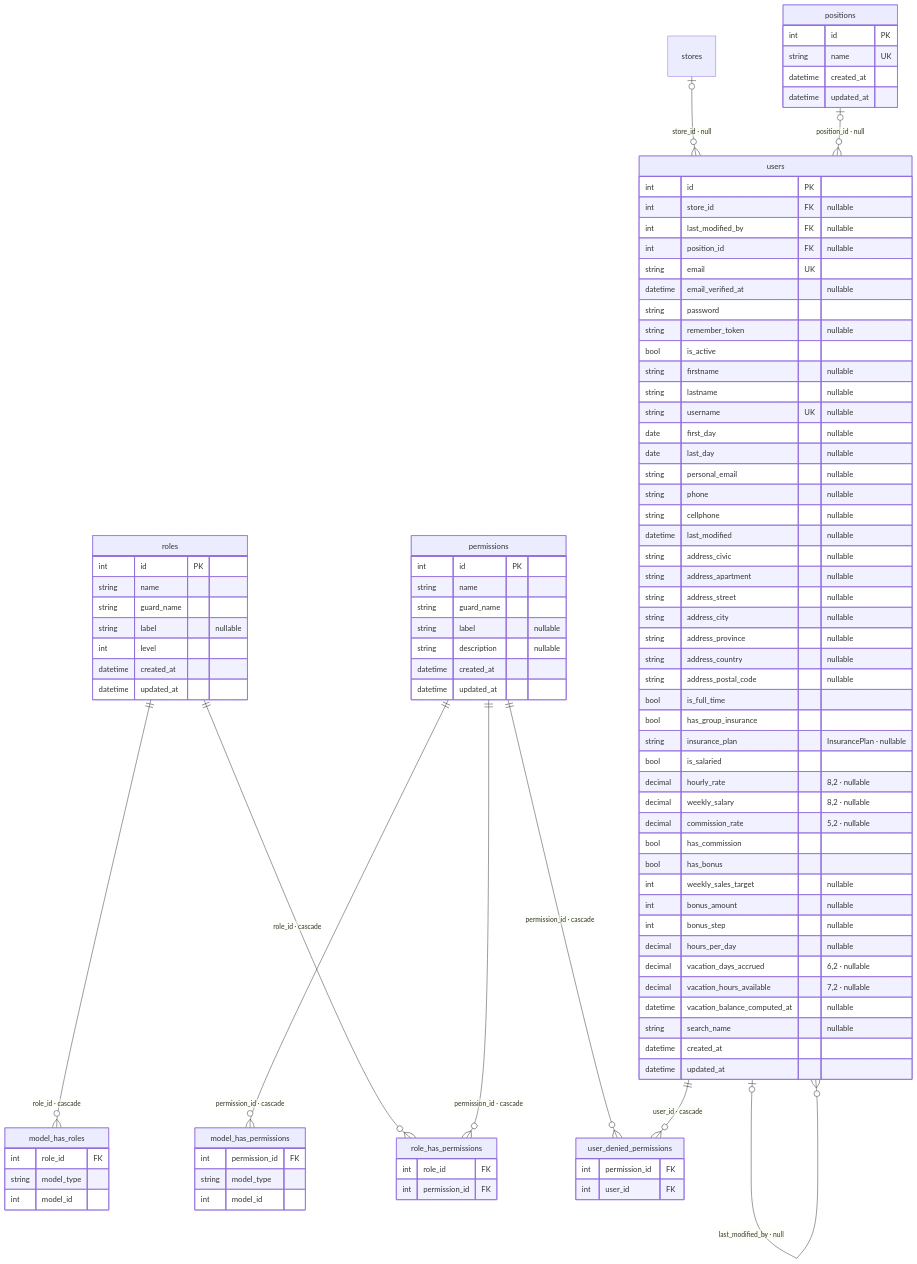
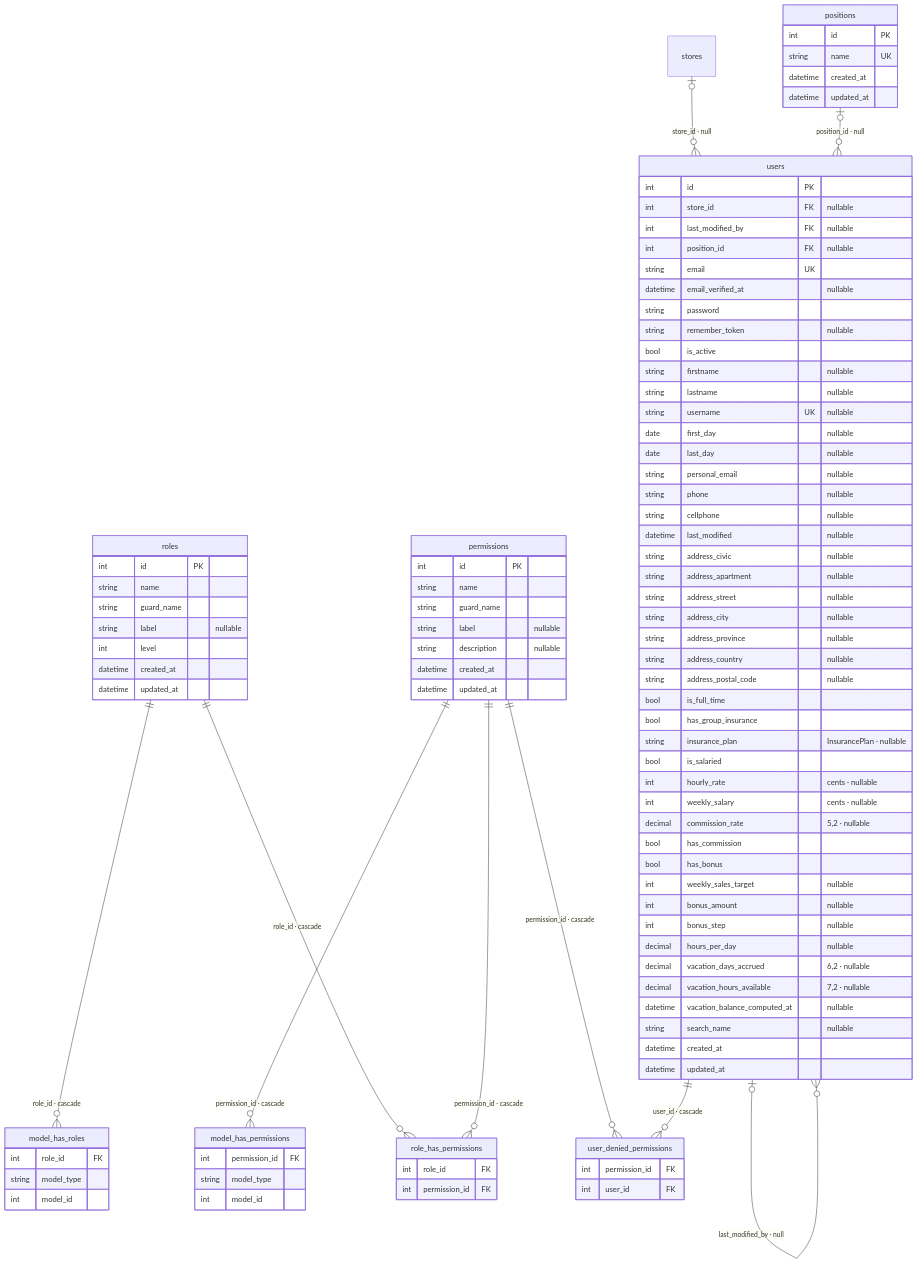
Before and after one commit to sebastienmarley/dkorpos: the seventh of 8 diagrams in dkor/docs/data-model.md, drawn with Mermaid. The commit also changed other lines of this file and 9 other files, not shown here.

```diff
--- a/dkor/docs/data-model.md
+++ b/dkor/docs/data-model.md
@@ -818,8 +819,8 @@
         bool has_group_insurance
         string insurance_plan "InsurancePlan · nullable"
         bool is_salaried
-        decimal hourly_rate "8,2 · nullable"
-        decimal weekly_salary "8,2 · nullable"
+        int hourly_rate "cents · nullable"
+        int weekly_salary "cents · nullable"
         decimal commission_rate "5,2 · nullable"
         bool has_commission
         bool has_bonus
```
